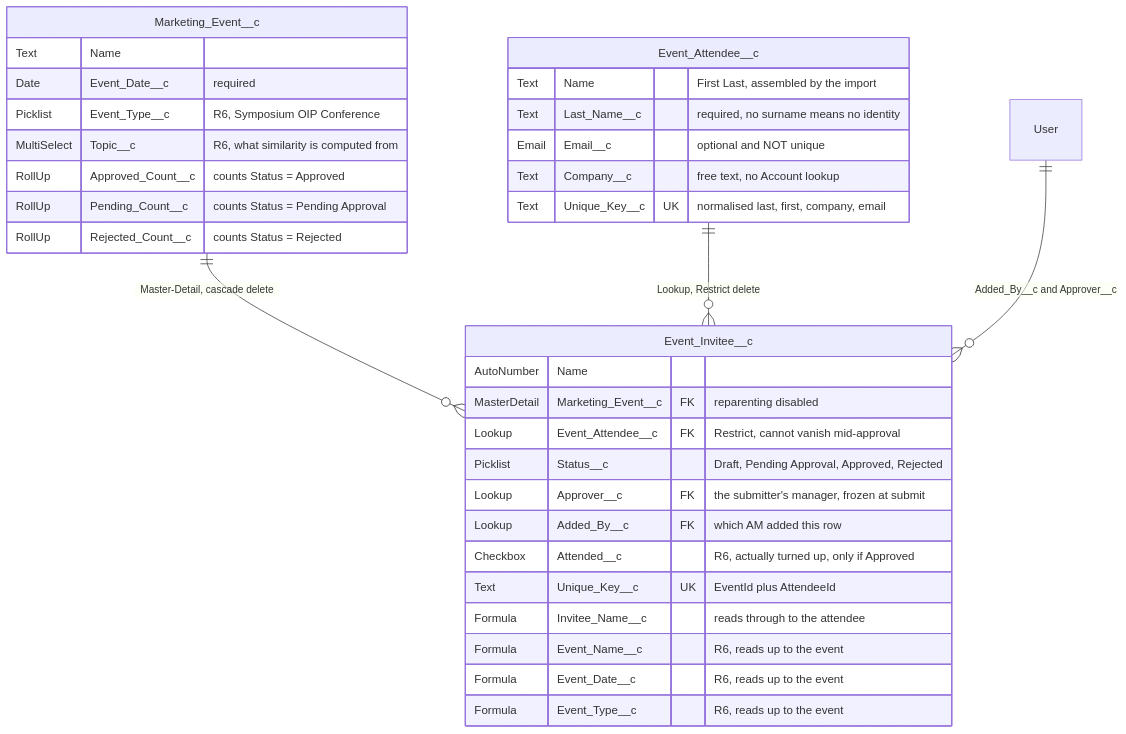
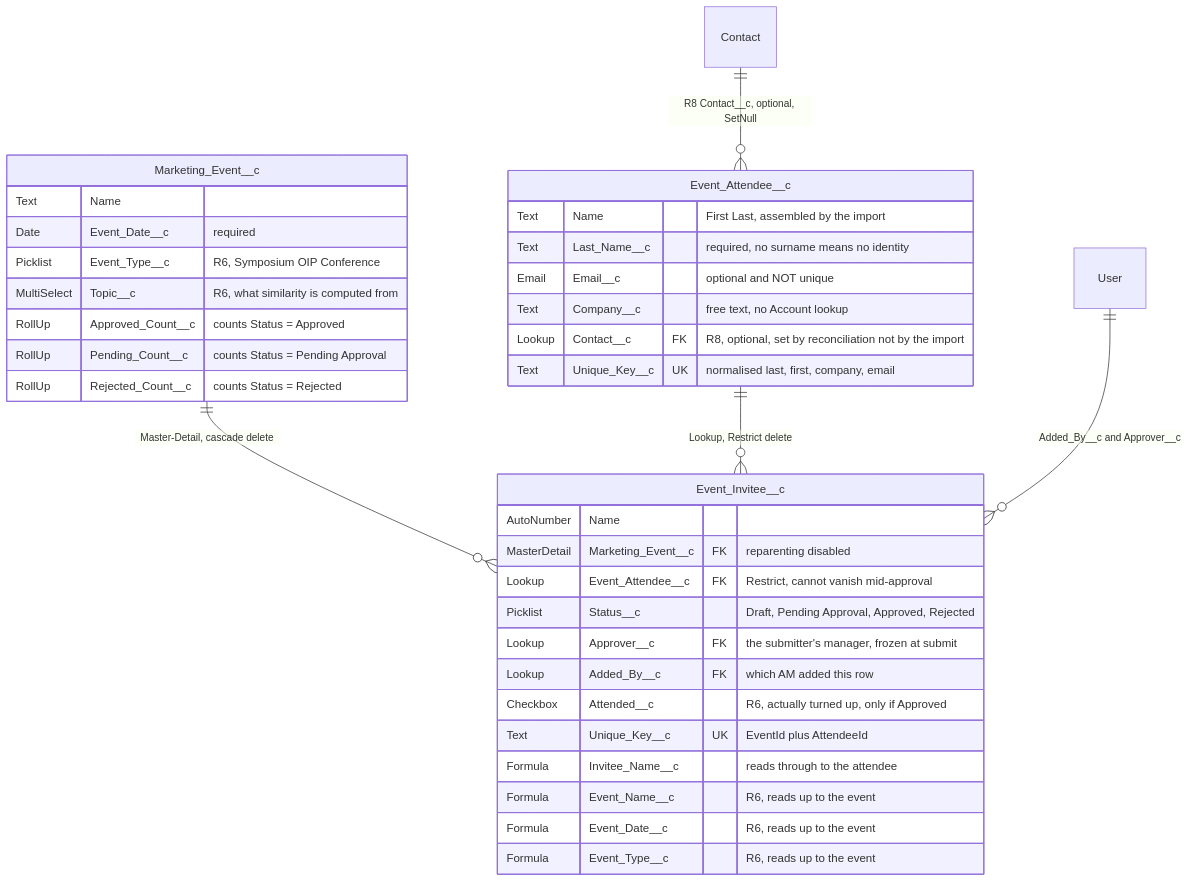
One commit to avence12/salesforce_event_mgmt changed the diagram in design.md. Above: the diagram before and after it, drawn with Mermaid. The commit also changed other lines of this file and 16 other files, not shown here.

````diff
--- a/design.md
+++ b/design.md
@@ -227,39 +270,41 @@
 ```mermaid
 erDiagram
     Marketing_Event__c ||--o{ Event_Invitee__c : "Master-Detail, cascade delete"
     Event_Attendee__c  ||--o{ Event_Invitee__c : "Lookup, Restrict delete"
     User               ||--o{ Event_Invitee__c : "Added_By__c and Approver__c"
+    Contact            ||--o{ Event_Attendee__c : "R8 Contact__c, optional, SetNull"
 
     Marketing_Event__c {
         Text        Name
         Date        Event_Date__c "required"
         Picklist    Event_Type__c "R6, Symposium OIP Conference"
         MultiSelect Topic__c "R6, what similarity is computed from"
         RollUp      Approved_Count__c "counts Status = Approved"
         RollUp      Pending_Count__c "counts Status = Pending Approval"
         RollUp      Rejected_Count__c "counts Status = Rejected"
     }
 
     Event_Attendee__c {
         Text  Name "First Last, assembled by the import"
         Text  Last_Name__c "required, no surname means no identity"
         Email Email__c "optional and NOT unique"
         Text  Company__c "free text, no Account lookup"
+        Lookup Contact__c FK "R8, optional, set by reconciliation not by the import"
         Text  Unique_Key__c UK "normalised last, first, company, email"
     }
 
     Event_Invitee__c {
         AutoNumber   Name
         MasterDetail Marketing_Event__c FK "reparenting disabled"
         Lookup       Event_Attendee__c FK "Restrict, cannot vanish mid-approval"
         Picklist     Status__c "Draft, Pending Approval, Approved, Rejected"
         Lookup       Approver__c FK "the submitter's manager, frozen at submit"
         Lookup       Added_By__c FK "which AM added this row"
         Checkbox     Attended__c "R6, actually turned up, only if Approved"
         Text         Unique_Key__c UK "EventId plus AttendeeId"
         Formula      Invitee_Name__c "reads through to the attendee"
         Formula      Event_Name__c "R6, reads up to the event"
         Formula      Event_Date__c "R6, reads up to the event"
         Formula      Event_Type__c "R6, reads up to the event"
     }
 ```
````
